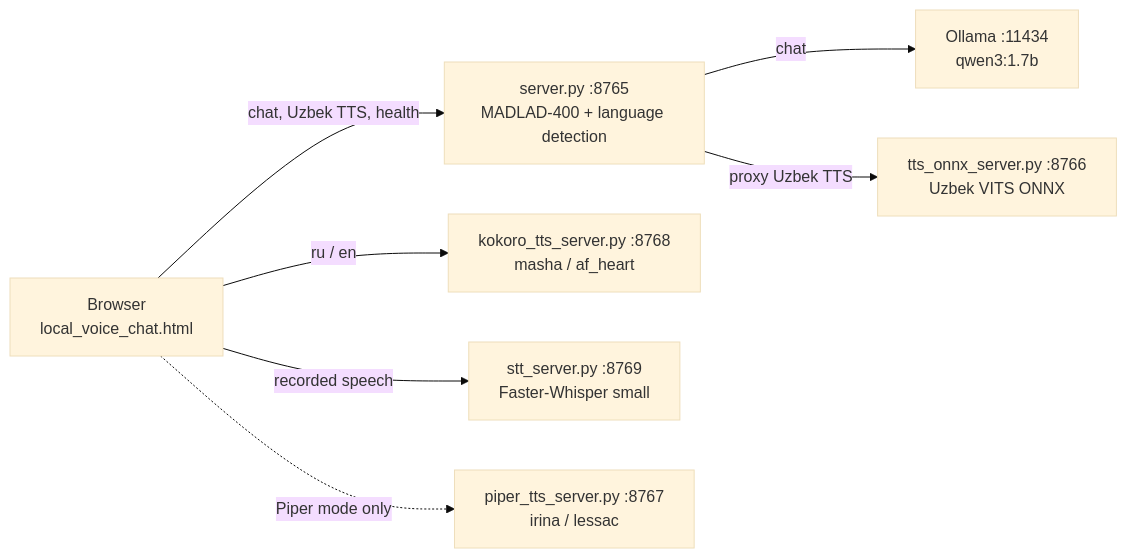
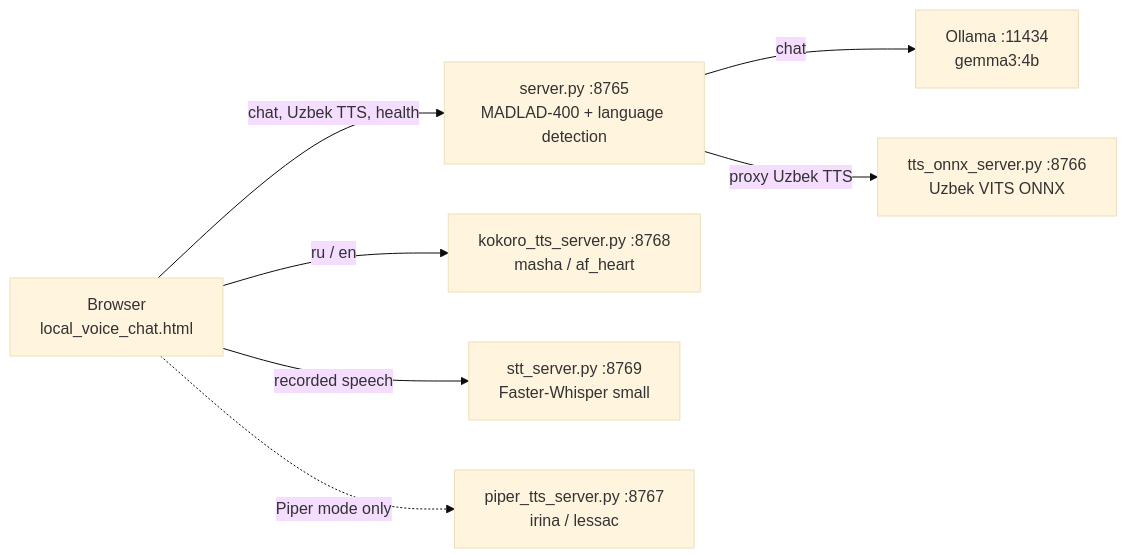
The diagram in README.md (FirdavsNurmatov/local-ai-voice-assistant), drawn with Mermaid (base theme) before and after one commit. The commit also changed other lines of this file and 18 other files, not shown here.

First line of the commit message:
Use gemma3:4b with the hybrid chat pipeline; offer only local voices

````diff
--- a/README.md
+++ b/README.md
@@ -44,9 +44,9 @@
 ```mermaid
 flowchart LR
     B["Browser<br/>local_voice_chat.html"] -->|"chat, Uzbek TTS, health"| S["server.py :8765<br/>MADLAD-400 + language detection"]
-    S -->|"chat"| O["Ollama :11434<br/>qwen3:1.7b"]
+    S -->|"chat"| O["Ollama :11434<br/>gemma3:4b"]
     S -->|"proxy Uzbek TTS"| U["tts_onnx_server.py :8766<br/>Uzbek VITS ONNX"]
     B -->|"ru / en"| K["kokoro_tts_server.py :8768<br/>masha / af_heart"]
     B -->|"recorded speech"| W["stt_server.py :8769<br/>Faster-Whisper small"]
     B -.->|"Piper mode only"| P["piper_tts_server.py :8767<br/>irina / lessac"]
 ```
````
